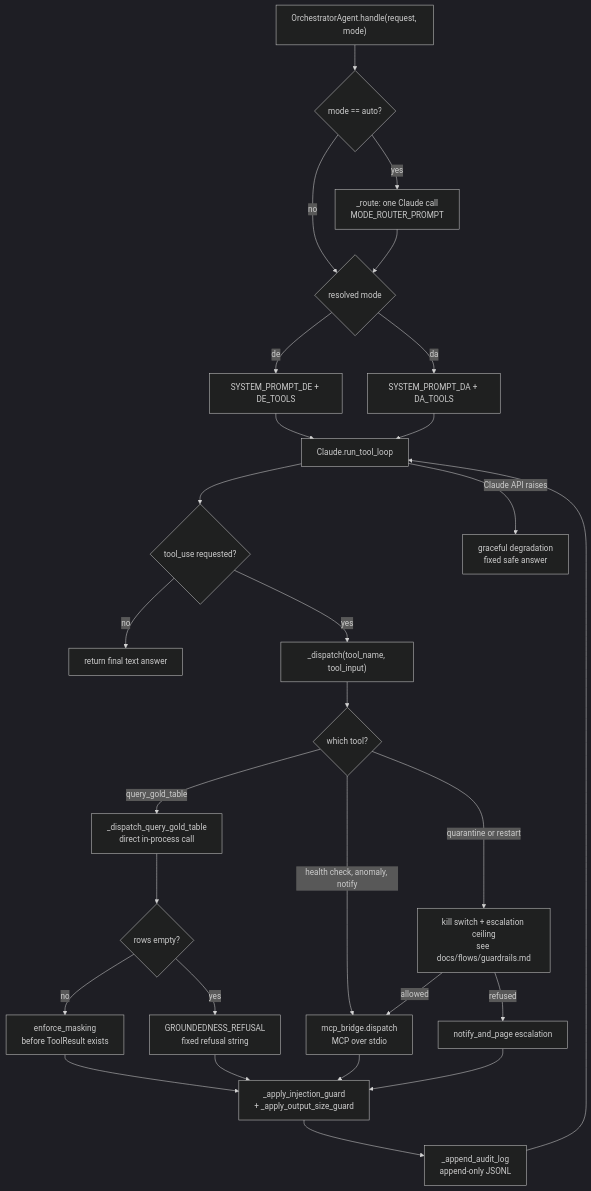
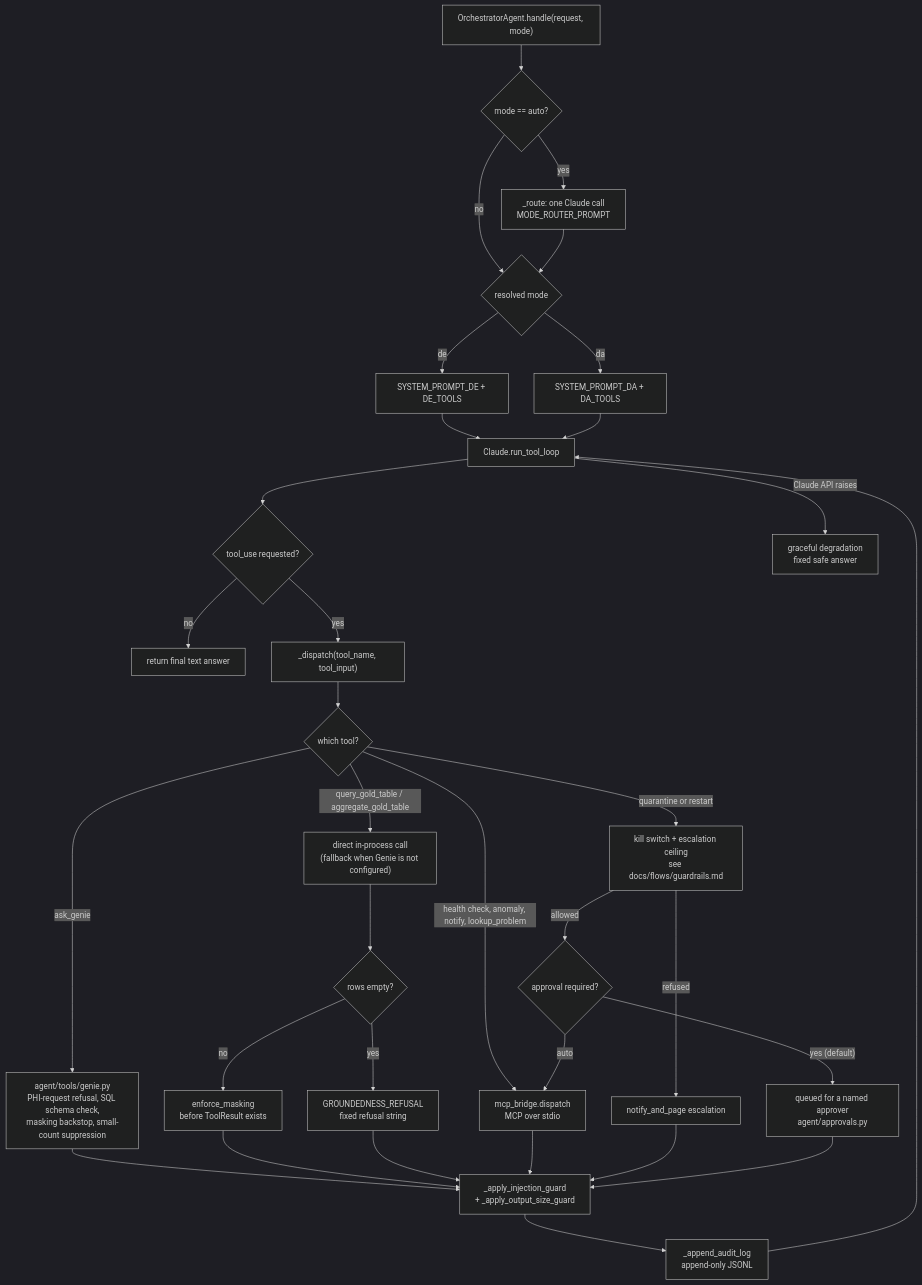
One commit to sumanthreddy369/databricks-agentic-de changed the sixth of 9 diagrams in README.md. Above: the diagram before and after it, drawn with Mermaid (dark theme). The commit also changed other lines of this file and 4 other files, not shown here.

````diff
--- a/README.md
+++ b/README.md
@@ -300,30 +365,35 @@
 ```mermaid
 flowchart TD
     A["OrchestratorAgent.handle(request, mode)"] --> B{"mode == auto?"}
     B -->|"yes"| C["_route: one Claude call\nMODE_ROUTER_PROMPT"]
     B -->|"no"| E
     C --> E{"resolved mode"}
     E -->|"de"| F["SYSTEM_PROMPT_DE + DE_TOOLS"]
     E -->|"da"| G["SYSTEM_PROMPT_DA + DA_TOOLS"]
     F --> H["Claude.run_tool_loop"]
     G --> H
     H --> I{"tool_use requested?"}
     I -->|"no"| J["return final text answer"]
     I -->|"yes"| K["_dispatch(tool_name, tool_input)"]
     K --> L{"which tool?"}
-    L -->|"query_gold_table"| M["_dispatch_query_gold_table\ndirect in-process call"]
+    L -->|"ask_genie"| GN["agent/tools/genie.py\nPHI-request refusal, SQL schema check,\nmasking backstop, small-count suppression"]
+    L -->|"query_gold_table / aggregate_gold_table"| M["direct in-process call\n(fallback when Genie is not configured)"]
     L -->|"quarantine or restart"| N["kill switch + escalation ceiling\nsee docs/flows/guardrails.md"]
-    L -->|"health check, anomaly, notify"| O["mcp_bridge.dispatch\nMCP over stdio"]
+    L -->|"health check, anomaly, notify, lookup_problem"| O["mcp_bridge.dispatch\nMCP over stdio"]
     M --> P{"rows empty?"}
     P -->|"yes"| R["GROUNDEDNESS_REFUSAL\nfixed refusal string"]
     P -->|"no"| S["enforce_masking\nbefore ToolResult exists"]
-    N -->|"allowed"| O
+    N -->|"allowed"| AP{"approval required?"}
+    AP -->|"yes (default)"| PQ["queued for a named approver\nagent/approvals.py"]
+    AP -->|"auto"| O
     N -->|"refused"| T["notify_and_page escalation"]
+    GN --> U
     S --> U["_apply_injection_guard\n+ _apply_output_size_guard"]
     R --> U
     O --> U
     T --> U
+    PQ --> U
     U --> Y["_append_audit_log\nappend-only JSONL"]
     Y --> H
     H -->|"Claude API raises"| Z["graceful degradation\nfixed safe answer"]
 ```
````
